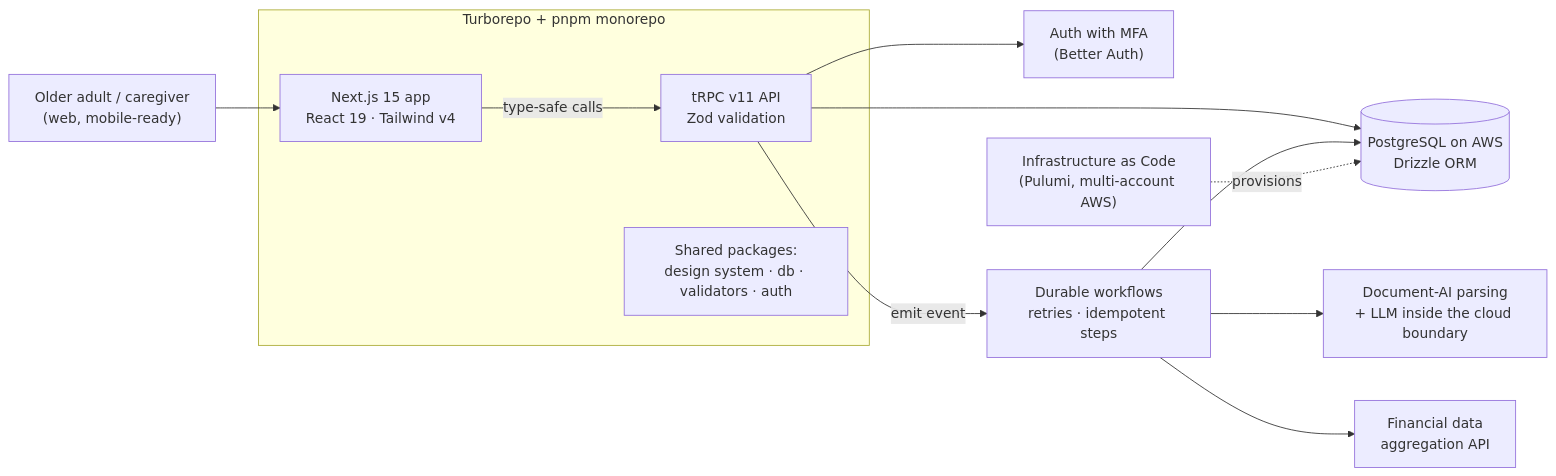
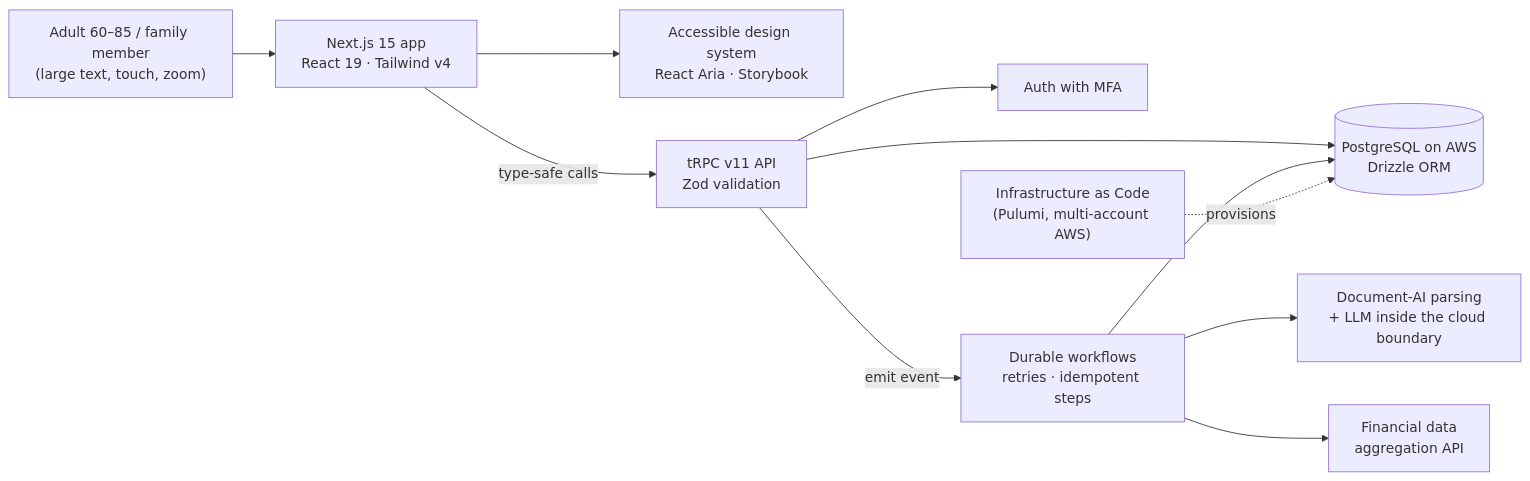
One commit to 7pixel-cl/built-for-60-plus-showcase changed the diagram in README.md. Above: the diagram before and after it, drawn with Mermaid. The commit also changed other lines of this file and 2 other files, not shown here.

Commit message:
Retitle confidential case study around older adults (Built for 60+)

````diff
--- a/README.md
+++ b/README.md
@@ -51,17 +89,13 @@
 ```mermaid
 flowchart LR
-  U["Older adult / caregiver<br/>(web, mobile-ready)"] --> W["Next.js 15 app<br/>React 19 · Tailwind v4"]
+  U["Adult 60–85 / family member<br/>(large text, touch, zoom)"] --> W["Next.js 15 app<br/>React 19 · Tailwind v4"]
+  W --> DS["Accessible design system<br/>React Aria · Storybook"]
   W -->|"type-safe calls"| API["tRPC v11 API<br/>Zod validation"]
-  API --> AUTH["Auth with MFA<br/>(Better Auth)"]
+  API --> AUTH["Auth with MFA"]
   API --> DB[("PostgreSQL on AWS<br/>Drizzle ORM")]
   API -->|"emit event"| WF["Durable workflows<br/>retries · idempotent steps"]
   WF --> DOC["Document-AI parsing<br/>+ LLM inside the cloud boundary"]
   WF --> FIN["Financial data<br/>aggregation API"]
   WF --> DB
-  subgraph Monorepo["Turborepo + pnpm monorepo"]
-    W
-    API
-    DS["Shared packages:<br/>design system · db · validators · auth"]
-  end
   IaC["Infrastructure as Code<br/>(Pulumi, multi-account AWS)"] -. provisions .-> DB
 ```
````
